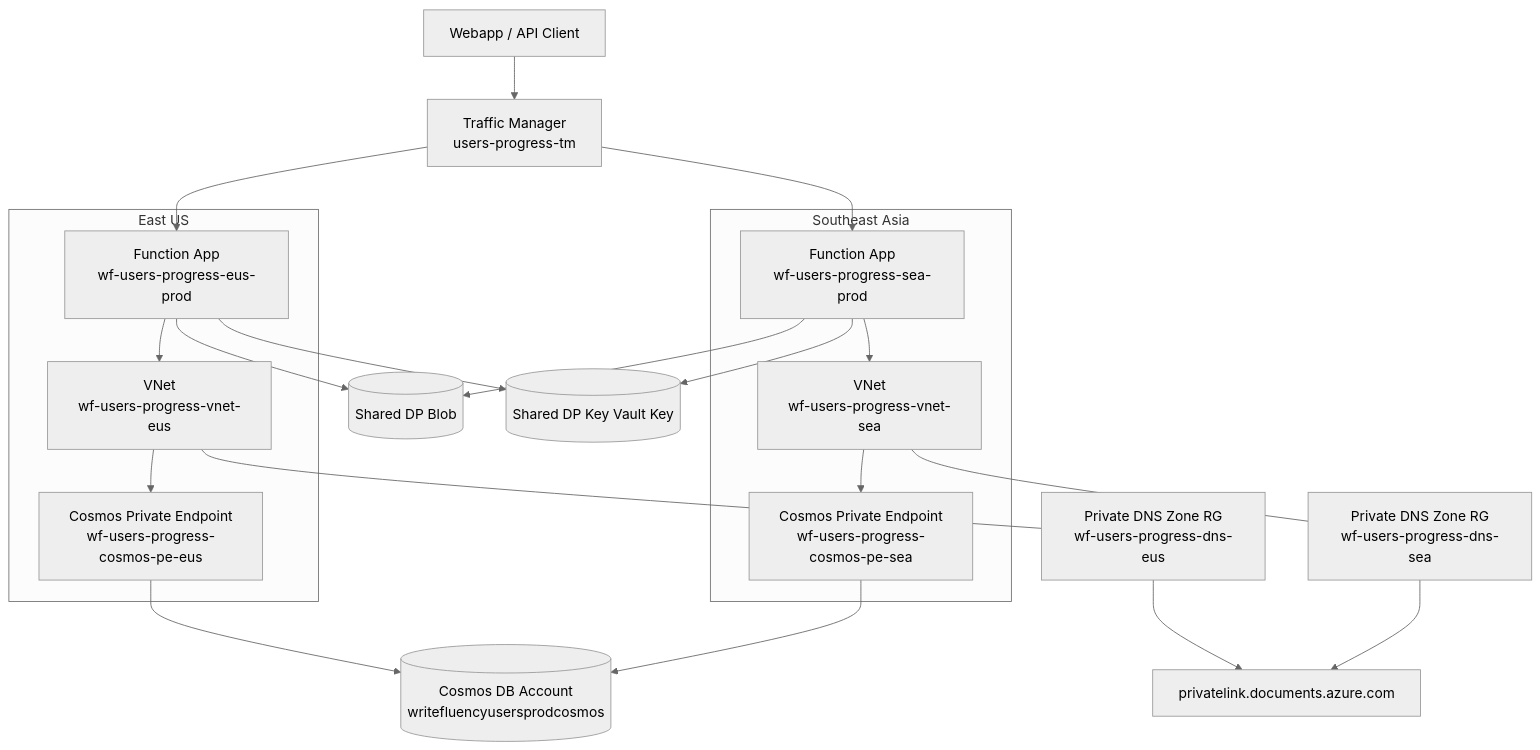
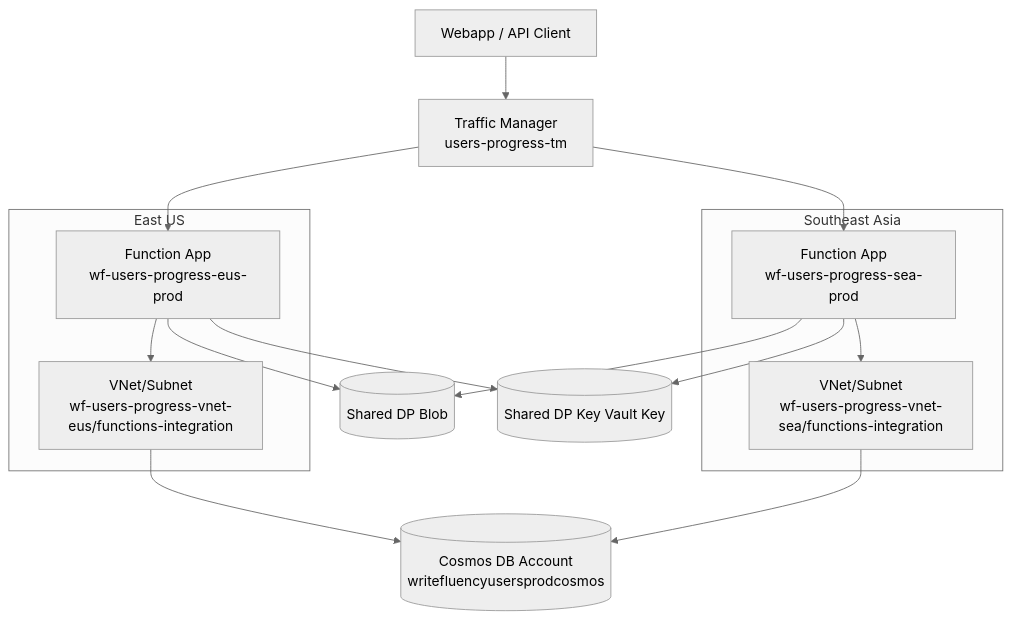
Before and after one commit to Mateus-Mannes/WriteFluency: the first of 4 diagrams in infra/users-progress/ARCHITECTURE.md, drawn with Mermaid (neutral theme). The commit also changed other lines of this file and 5 other files, not shown here.

Commit message:
Migrate Cosmos networking to service endpoints and remove private endpoints

````diff
--- a/infra/users-progress/ARCHITECTURE.md
+++ b/infra/users-progress/ARCHITECTURE.md
@@ -30,42 +29,31 @@
 ```mermaid
 flowchart TB
   client[Webapp / API Client]
   tm[Traffic Manager\nusers-progress-tm]
 
   subgraph eus[East US]
     fe[Function App\nwf-users-progress-eus-prod]
-    veus[VNet\nwf-users-progress-vnet-eus]
-    peE[Cosmos Private Endpoint\nwf-users-progress-cosmos-pe-eus]
+    veus[VNet/Subnet\nwf-users-progress-vnet-eus/functions-integration]
   end
 
   subgraph sea[Southeast Asia]
     fs[Function App\nwf-users-progress-sea-prod]
-    vsea[VNet\nwf-users-progress-vnet-sea]
-    peS[Cosmos Private Endpoint\nwf-users-progress-cosmos-pe-sea]
+    vsea[VNet/Subnet\nwf-users-progress-vnet-sea/functions-integration]
   end
-
-  dnsE[Private DNS Zone RG\nwf-users-progress-dns-eus]
-  dnsS[Private DNS Zone RG\nwf-users-progress-dns-sea]
-  pzone[privatelink.documents.azure.com]
 
   cosmos[(Cosmos DB Account\nwritefluencyusersprodcosmos)]
   dpblob[(Shared DP Blob)]
   dpkv[(Shared DP Key Vault Key)]
 
   client --> tm
   tm --> fe
   tm --> fs
 
-  fe --> veus --> peE --> cosmos
-  fs --> vsea --> peS --> cosmos
-
-  dnsE --> pzone
-  dnsS --> pzone
-  veus --- dnsE
-  vsea --- dnsS
+  fe --> veus --> cosmos
+  fs --> vsea --> cosmos
 
   fe --> dpblob
   fe --> dpkv
   fs --> dpblob
   fs --> dpkv
 ```
````
